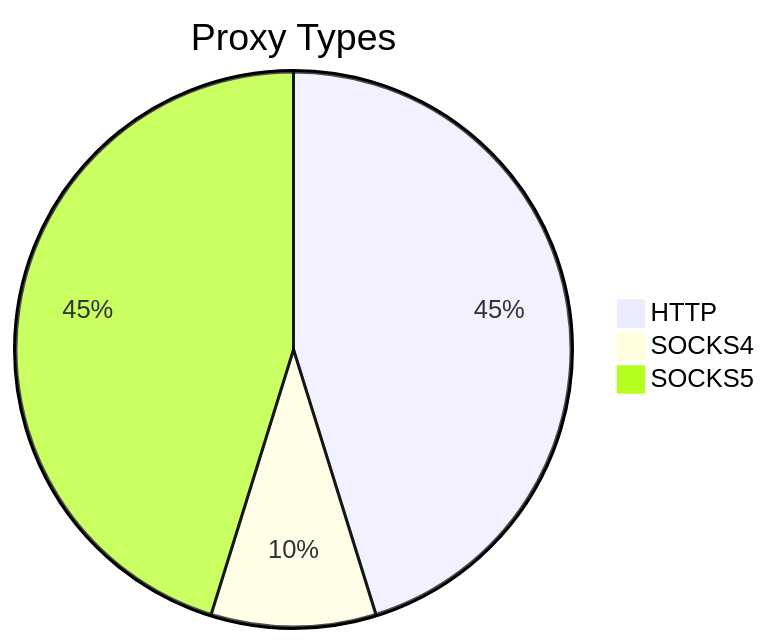
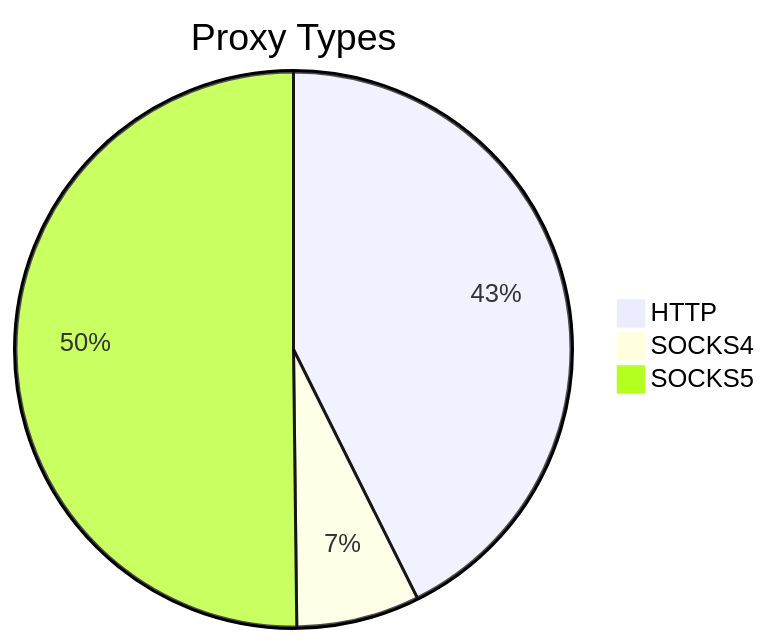
The first of 2 diagrams in README.md (stormsia/proxy-list), drawn with Mermaid before and after one commit. The commit also changed other lines of this file, not shown here.

````diff
--- a/README.md
+++ b/README.md
@@ -21,6 +21,6 @@
 ```mermaid
 pie title Proxy Types
-    "HTTP" : 146
-    "SOCKS4" : 31
-    "SOCKS5" : 146
+    "HTTP" : 113
+    "SOCKS4" : 19
+    "SOCKS5" : 133
 ```
````
